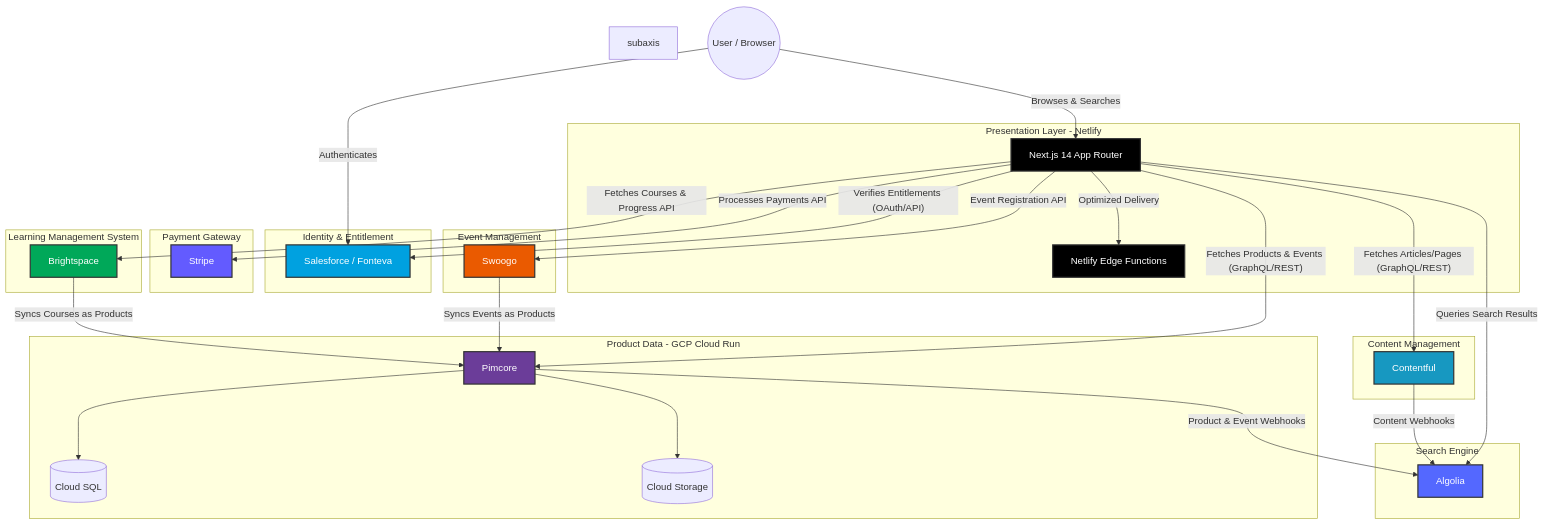
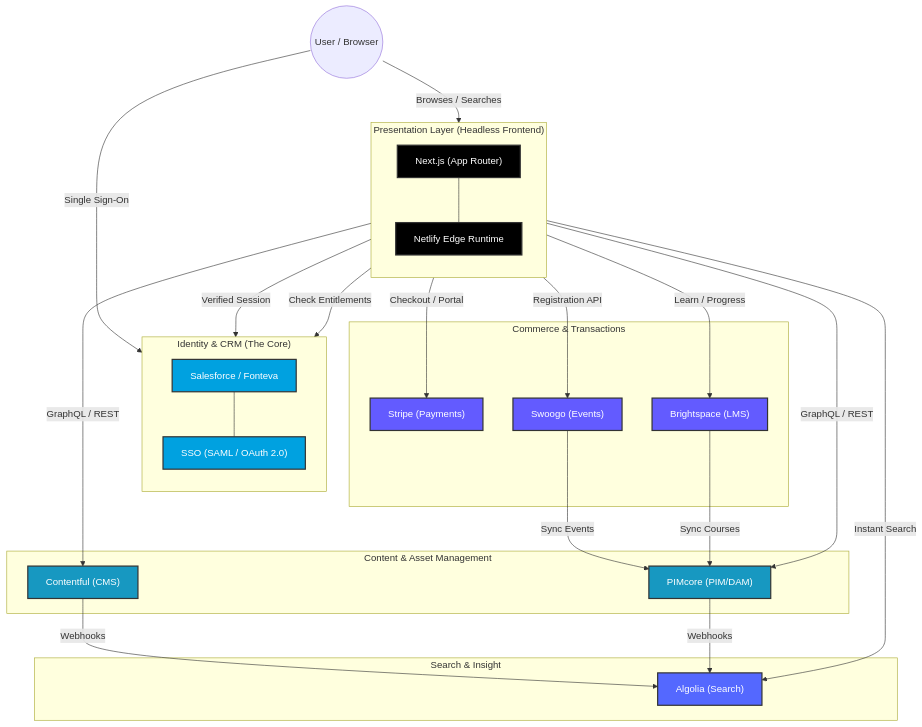
Before and after one commit to timbowdeniona/bsava-com: the first of 2 diagrams in BSAVA_MACH_ARCHITECTURE_DIAGRAM.md, drawn with Mermaid. The commit also changed other lines of this file, not shown here.

Commit message:
docs: update architecture diagrams to included abstract target state and current implementation status

````diff
--- a/BSAVA_MACH_ARCHITECTURE_DIAGRAM.md
+++ b/BSAVA_MACH_ARCHITECTURE_DIAGRAM.md
@@ -6,80 +10,66 @@
 ```mermaid
 flowchart TB
-    subaxis
+    %% Nodes
     User((User / Browser))
     
-    subgraph Frontend [Presentation Layer - Netlify]
-        NextJS[Next.js 14 App Router]
-        Edge[Netlify Edge Functions]
-        NextJS -- "Optimized Delivery" --> Edge
+    subgraph Presentation ["Presentation Layer (Headless Frontend)"]
+        direction TB
+        NextJS["Next.js (App Router)"]
+        Edge["Netlify Edge Runtime"]
+        NextJS --- Edge
     end
 
-    subgraph Headless CMS [Content Management]
-        Contentful[Contentful]
+    subgraph Identity ["Identity & CRM (The Core)"]
+        direction TB
+        Salesforce["Salesforce / Fonteva"]
+        SSO["SSO (SAML / OAuth 2.0)"]
+        Salesforce --- SSO
     end
 
-    subgraph PIM & DAM [Product Data - GCP Cloud Run]
-        PIMcore[Pimcore]
-        CloudSQL[(Cloud SQL)]
-        GCS[(Cloud Storage)]
-        PIMcore --> CloudSQL
-        PIMcore --> GCS
+    subgraph Content ["Content & Asset Management"]
+        Contentful["Contentful (CMS)"]
+        PIMcore["PIMcore (PIM/DAM)"]
     end
 
-    subgraph CRM & Identity [Identity & Entitlement]
-        Salesforce[Salesforce / Fonteva]
+    subgraph Commerce ["Commerce & Transactions"]
+        Stripe["Stripe (Payments)"]
+        Swoogo["Swoogo (Events)"]
+        Brightspace["Brightspace (LMS)"]
     end
 
-    subgraph Events [Event Management]
-        Swoogo[Swoogo]
+    subgraph Discovery ["Search & Insight"]
+        Algolia["Algolia (Search)"]
     end
 
-    subgraph Payments [Payment Gateway]
-        Stripe[Stripe]
-    end
+    %% Interactions
+    User -- "Browses / Searches" --> NextJS
+    User -- "Single Sign-On" --> SSO
+    
+    NextJS -- "GraphQL / REST" --> Contentful
+    NextJS -- "GraphQL / REST" --> PIMcore
+    NextJS -- "Verified Session" --> SSO
+    NextJS -- "Check Entitlements" --> Salesforce
+    NextJS -- "Instant Search" --> Algolia
+    NextJS -- "Registration API" --> Swoogo
+    NextJS -- "Checkout / Portal" --> Stripe
+    NextJS -- "Learn / Progress" --> Brightspace
 
-    subgraph Discovery [Search Engine]
-        Algolia[Algolia]
-    end
+    %% Sync Flows
+    Contentful -- "Webhooks" --> Algolia
+    PIMcore -- "Webhooks" --> Algolia
+    Swoogo -- "Sync Events" --> PIMcore
+    Brightspace -- "Sync Courses" --> PIMcore
 
-    subgraph LMS [Learning Management System]
-        Brightspace[Brightspace]
-    end
-
-    %% User Interactions
-    User -- "Browses & Searches" --> NextJS
-    User -- "Authenticates" --> Salesforce
-
-    %% Frontend Data Fetching
-    NextJS -- "Fetches Articles/Pages (GraphQL/REST)" --> Contentful
-    NextJS -- "Fetches Products & Events (GraphQL/REST)" --> PIMcore
-    NextJS -- "Verifies Entitlements (OAuth/API)" --> Salesforce
-    NextJS -- "Queries Search Results" --> Algolia
-    NextJS -- "Event Registration API" --> Swoogo
-    NextJS -- "Fetches Courses & Progress API" --> Brightspace
-    NextJS -- "Processes Payments API" --> Stripe
-
-    %% Webhooks & Syncs
-    Contentful -- "Content Webhooks" --> Algolia
-    PIMcore -- "Product & Event Webhooks" --> Algolia
-    Swoogo -- "Syncs Events as Products" --> PIMcore
-    Brightspace -- "Syncs Courses as Products" --> PIMcore
-
-    classDef frontend fill:#000,stroke:#333,stroke-width:2px,color:#fff
-    classDef cms fill:#1798c1,stroke:#333,stroke-width:2px,color:#fff
-    classDef pim fill:#6B3D99,stroke:#333,stroke-width:2px,color:#fff
-    classDef crm fill:#00A1E0,stroke:#333,stroke-width:2px,color:#fff
+    %% Styling
+    classDef presentation fill:#000,stroke:#333,stroke-width:2px,color:#fff
+    classDef identity fill:#00A1E0,stroke:#333,stroke-width:2px,color:#fff
+    classDef content fill:#1798c1,stroke:#333,stroke-width:2px,color:#fff
+    classDef commerce fill:#635BFF,stroke:#333,stroke-width:2px,color:#fff
     classDef search fill:#5468FF,stroke:#333,stroke-width:2px,color:#fff
-    classDef events fill:#EA5A00,stroke:#333,stroke-width:2px,color:#fff
-    classDef payments fill:#635BFF,stroke:#333,stroke-width:2px,color:#fff
-    classDef lms fill:#00A859,stroke:#333,stroke-width:2px,color:#fff
     
-    class NextJS,Edge frontend
-    class Contentful cms
-    class PIMcore pim
-    class Salesforce crm
+    class NextJS,Edge presentation
+    class Salesforce,SSO identity
+    class Contentful,PIMcore content
+    class Stripe,Swoogo,Brightspace commerce
     class Algolia search
-    class Swoogo events
-    class Stripe payments
-    class Brightspace lms
 ```
````
